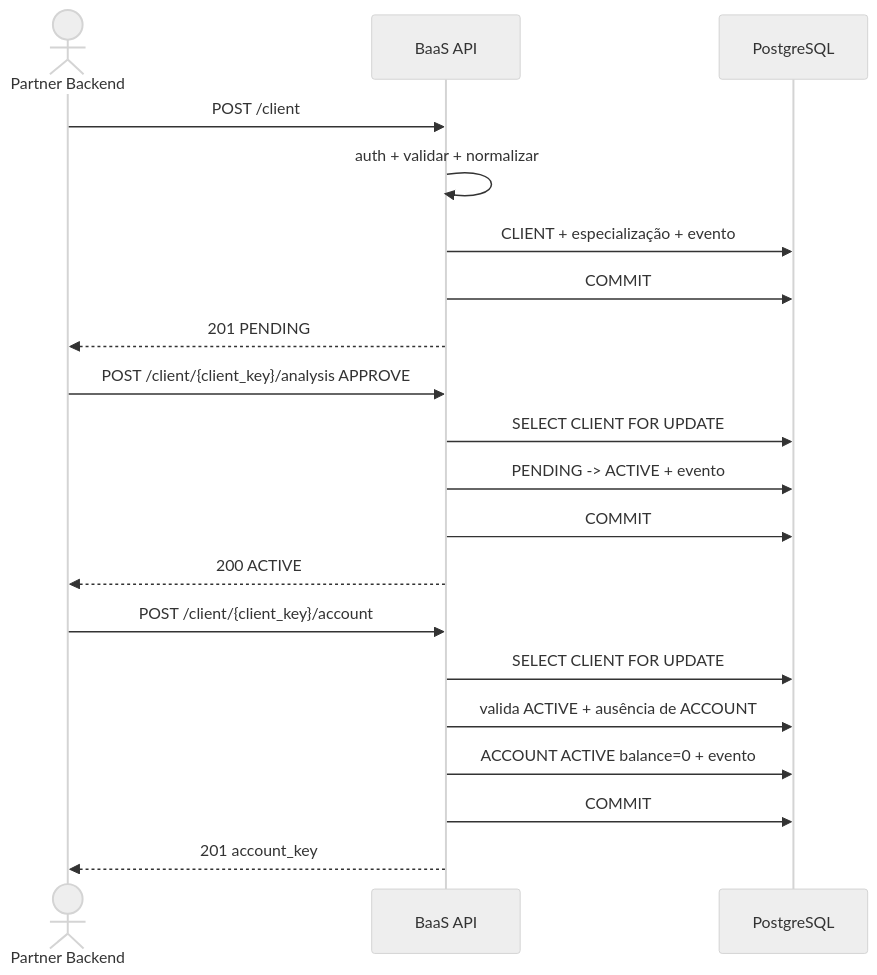
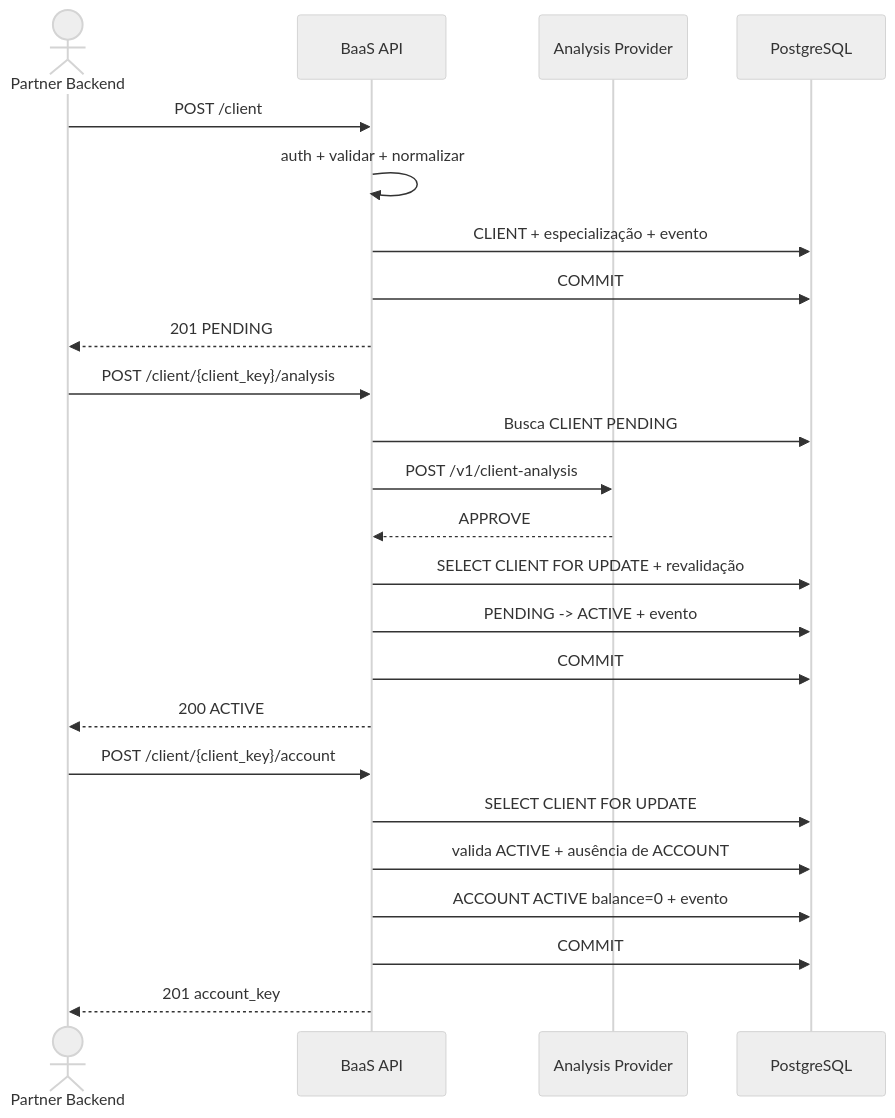
Before and after one commit to mohamad347/bootcamp-qitech-bank-api: the first of 6 diagrams in docs/Fluxos_v1_1_FINAL_BaaS_QITech.md, drawn with Mermaid (neutral theme). The commit also changed other lines of this file and 6 other files, not shown here.

````diff
--- a/docs/Fluxos_v1_1_FINAL_BaaS_QITech.md
+++ b/docs/Fluxos_v1_1_FINAL_BaaS_QITech.md
@@ -303,25 +304,29 @@
 ```mermaid
 sequenceDiagram
     actor Partner as Partner Backend
     participant API as BaaS API
+    participant Provider as Analysis Provider
     participant DB as PostgreSQL
 
     Partner->>API: POST /client
     API->>API: auth + validar + normalizar
     API->>DB: CLIENT + especialização + evento
     API->>DB: COMMIT
     API-->>Partner: 201 PENDING
 
-    Partner->>API: POST /client/{client_key}/analysis APPROVE
-    API->>DB: SELECT CLIENT FOR UPDATE
+    Partner->>API: POST /client/{client_key}/analysis
+    API->>DB: Busca CLIENT PENDING
+    API->>Provider: POST /v1/client-analysis
+    Provider-->>API: APPROVE
+    API->>DB: SELECT CLIENT FOR UPDATE + revalidação
     API->>DB: PENDING -> ACTIVE + evento
     API->>DB: COMMIT
     API-->>Partner: 200 ACTIVE
 
     Partner->>API: POST /client/{client_key}/account
     API->>DB: SELECT CLIENT FOR UPDATE
     API->>DB: valida ACTIVE + ausência de ACCOUNT
     API->>DB: ACCOUNT ACTIVE balance=0 + evento
     API->>DB: COMMIT
     API-->>Partner: 201 account_key
 ```
````
